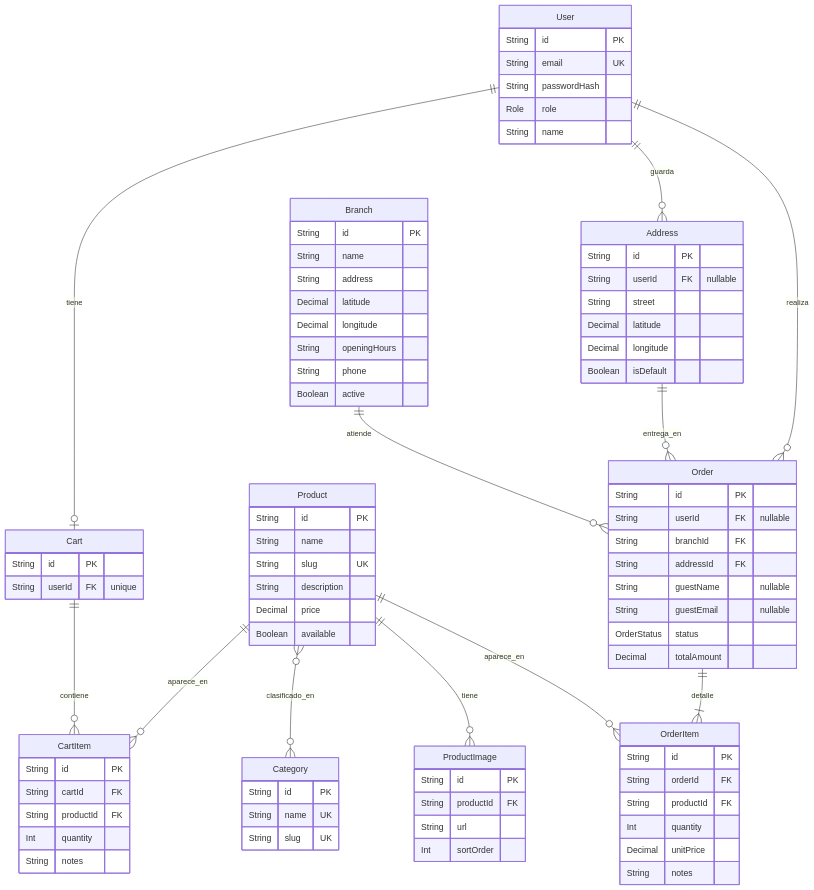
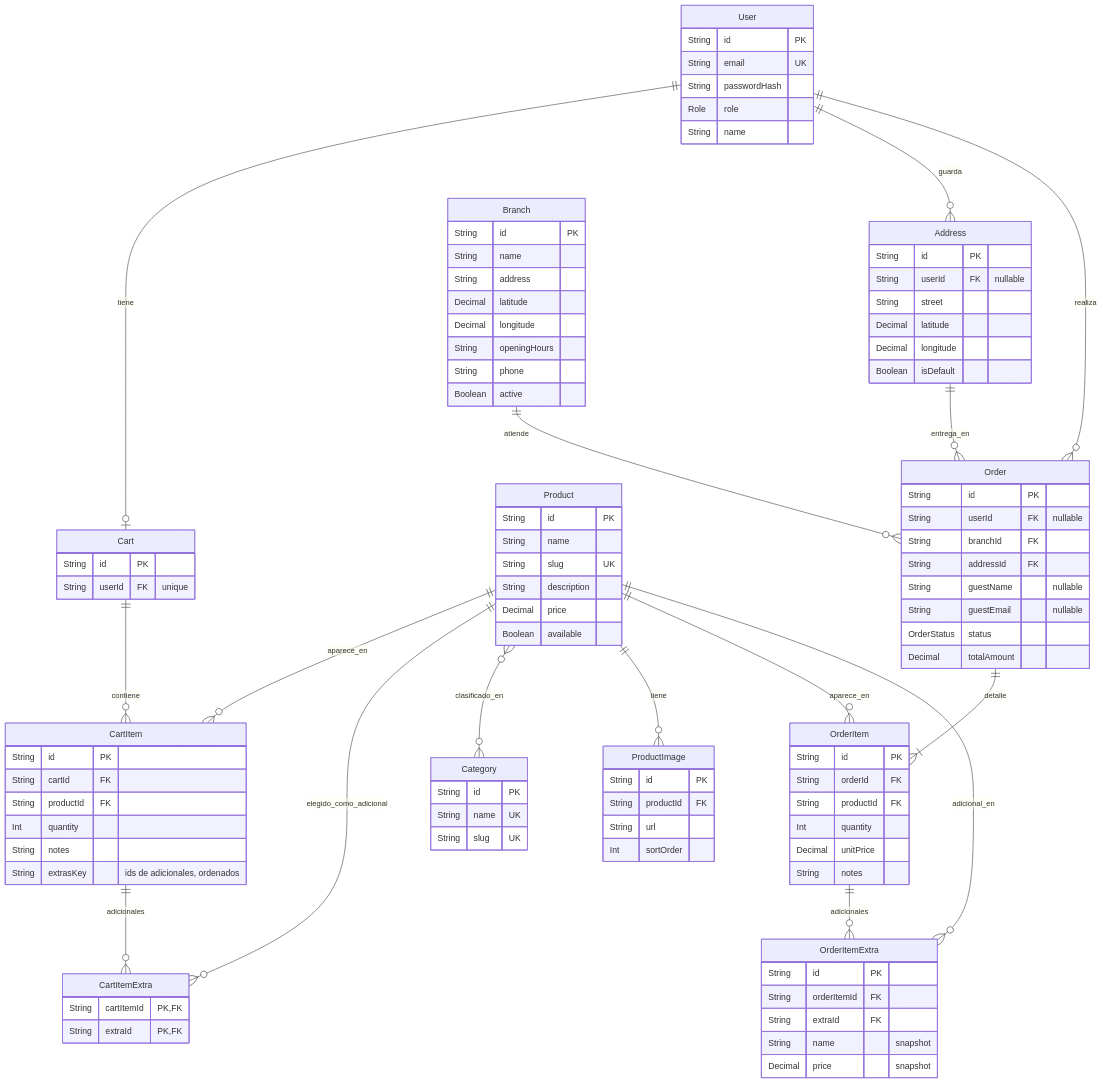
Before and after one commit to DesApp-2026c2-Grupo-2/fastfood-delivery: the diagram in docs/tecnica/Diagrama-DER.md, drawn with Mermaid. The commit also changed other lines of this file and 21 other files, not shown here.

````diff
--- a/docs/tecnica/Diagrama-DER.md
+++ b/docs/tecnica/Diagrama-DER.md
@@ -38,6 +38,12 @@
         String productId FK
         Int quantity
         String notes
+        String extrasKey "ids de adicionales, ordenados"
+    }
+
+    CartItemExtra {
+        String cartItemId PK, FK
+        String extraId PK, FK
     }
 
     Category {
@@ -93,15 +99,27 @@
         String notes
     }
 
+    OrderItemExtra {
+        String id PK
+        String orderItemId FK
+        String extraId FK
+        String name "snapshot"
+        Decimal price "snapshot"
+    }
+
     User ||--o| Cart : "tiene"
     User ||--o{ Address : "guarda"
     User ||--o{ Order : "realiza"
     Cart ||--o{ CartItem : "contiene"
     Product ||--o{ CartItem : "aparece_en"
+    CartItem ||--o{ CartItemExtra : "adicionales"
+    Product ||--o{ CartItemExtra : "elegido_como_adicional"
     Product }o--o{ Category : "clasificado_en"
     Product ||--o{ ProductImage : "tiene"
     Branch ||--o{ Order : "atiende"
     Address ||--o{ Order : "entrega_en"
     Order ||--|{ OrderItem : "detalle"
     Product ||--o{ OrderItem : "aparece_en"
+    OrderItem ||--o{ OrderItemExtra : "adicionales"
+    Product ||--o{ OrderItemExtra : "adicional_en"
 ```
````
